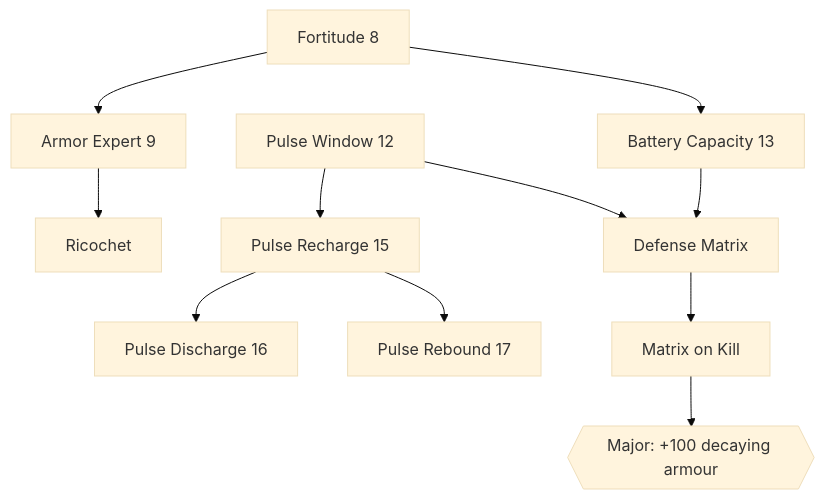
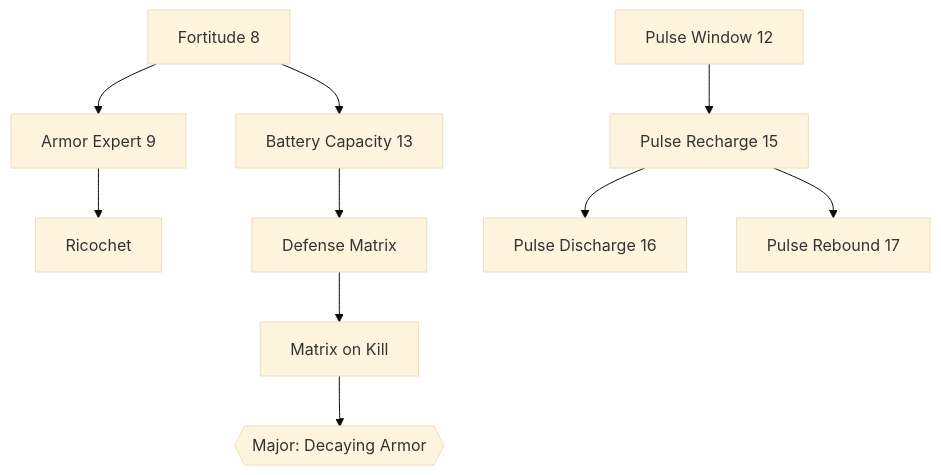
The first of 8 diagrams in docs/SKILL_TREE.md (ac95git/hl1-shock), drawn with Mermaid (base theme) before and after one commit. The commit also changed other lines of this file and 24 other files, not shown here.

````diff
--- a/docs/SKILL_TREE.md
+++ b/docs/SKILL_TREE.md
@@ -296,13 +296,12 @@
 ```mermaid
 graph TD
   F[Fortitude 8] --> AE[Armor Expert 9]
   F --> BC[Battery Capacity 13]
   AE --> RC[Ricochet]
   PW[Pulse Window 12] --> PR[Pulse Recharge 15]
   PR --> PD[Pulse Discharge 16]
   PR --> PB[Pulse Rebound 17]
   BC --> DM[Defense Matrix]
-  PW --> DM
   DM --> MK[Matrix on Kill]
-  MK --> JM{{"Major: +100 decaying armour"}}
+  MK --> JM{{"Major: Decaying Armor"}}
 ```
````
